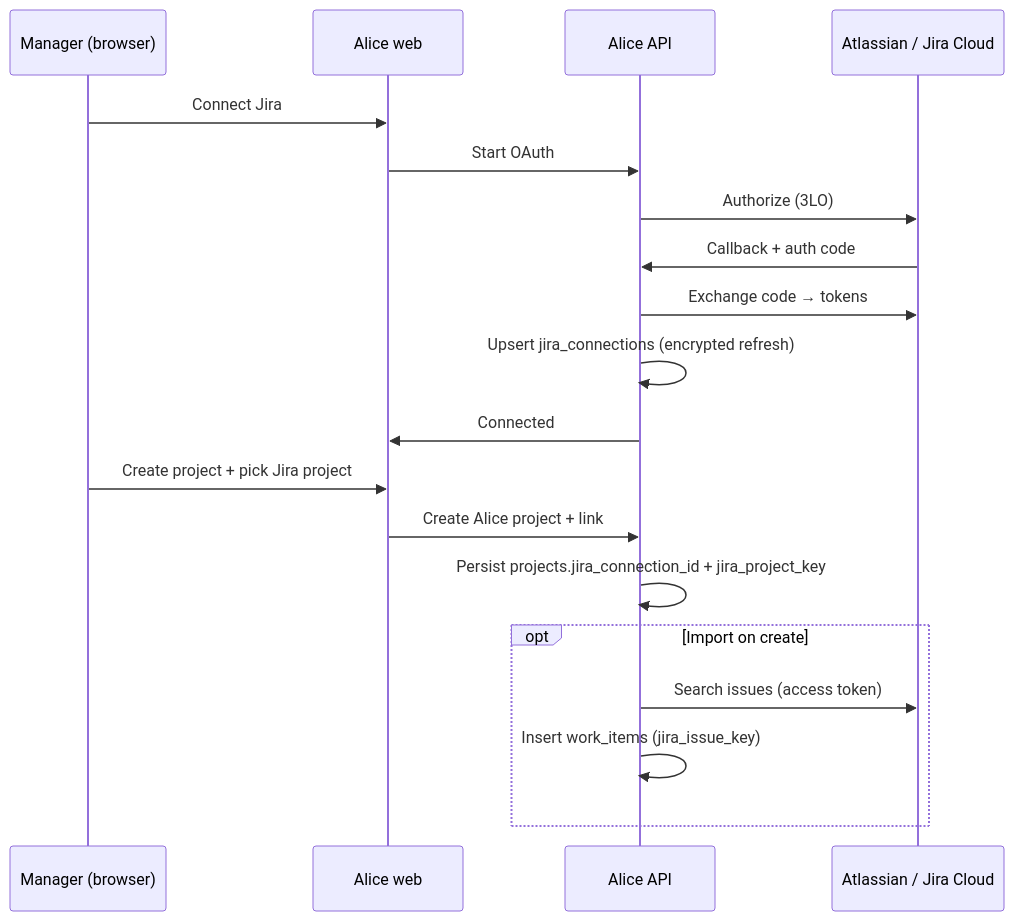
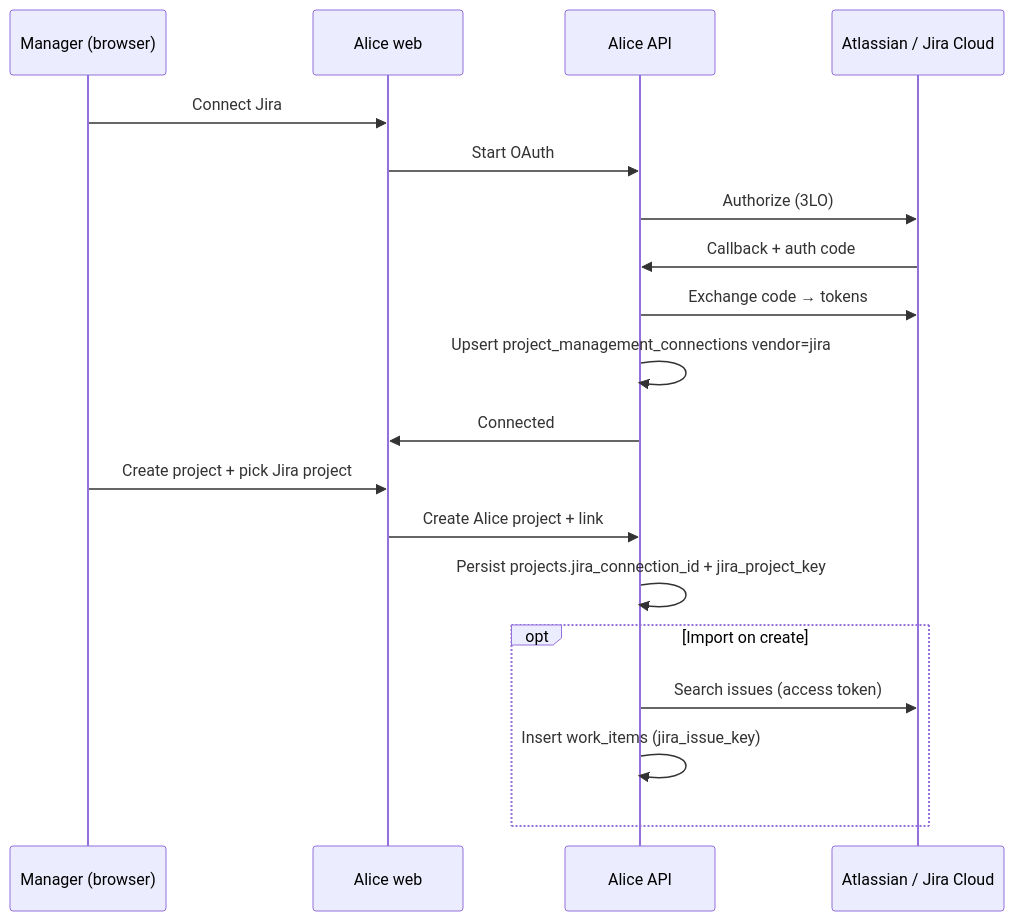
Before and after one commit to lizardkingLK/alice: the diagram in docs/features/projects/JIRA_INTEGRATION.md, drawn with Mermaid. The commit also changed other lines of this file and 70 other files, not shown here.

````diff
--- a/docs/features/projects/JIRA_INTEGRATION.md
+++ b/docs/features/projects/JIRA_INTEGRATION.md
@@ -49,23 +49,23 @@
 ```mermaid
 sequenceDiagram
   participant M as Manager (browser)
   participant W as Alice web
   participant A as Alice API
   participant J as Atlassian / Jira Cloud
 
   M->>W: Connect Jira
   W->>A: Start OAuth
   A->>J: Authorize (3LO)
   J->>A: Callback + auth code
   A->>J: Exchange code → tokens
-  A->>A: Upsert jira_connections (encrypted refresh)
+  A->>A: Upsert project_management_connections vendor=jira
   A->>W: Connected
 
   M->>W: Create project + pick Jira project
   W->>A: Create Alice project + link
   A->>A: Persist projects.jira_connection_id + jira_project_key
   opt Import on create
     A->>J: Search issues (access token)
     A->>A: Insert work_items (jira_issue_key)
   end
 ```
````
